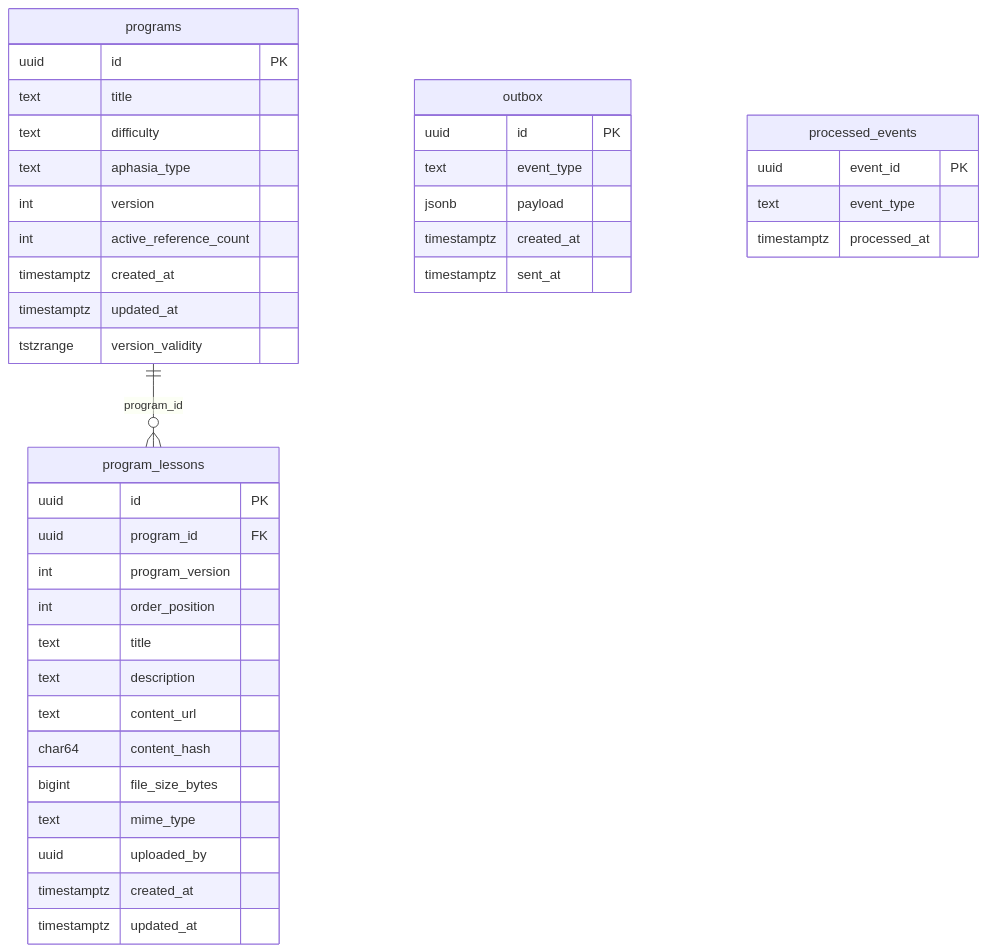
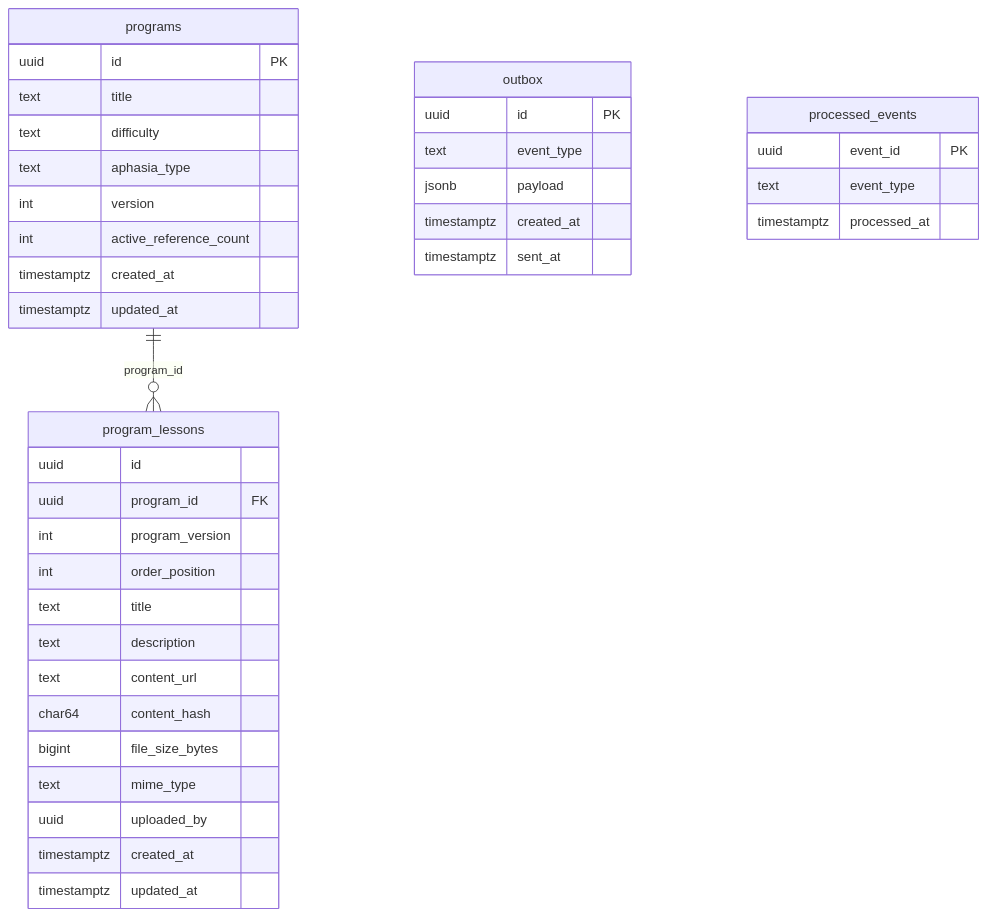
Before and after one commit to Reddetk/SayMoDev: the third of 4 diagrams in rehabilitation-service/README.md, drawn with Mermaid. The commit also changed other lines of this file and 34 other files, not shown here.

Commit message:
rehabilitation-service: S2 domain Program/Lesson, version-aware schema, domain checks

````diff
--- a/rehabilitation-service/README.md
+++ b/rehabilitation-service/README.md
@@ -142,42 +168,41 @@
 ```mermaid
 erDiagram
     programs ||--o{ program_lessons : "program_id"
     programs {
         uuid id PK
         text title
         text difficulty
         text aphasia_type
         int version
         int active_reference_count
         timestamptz created_at
         timestamptz updated_at
-        tstzrange version_validity
     }
     program_lessons {
-        uuid id PK
+        uuid id
         uuid program_id FK
         int program_version
         int order_position
         text title
         text description
         text content_url
         char64 content_hash
         bigint file_size_bytes
         text mime_type
         uuid uploaded_by
         timestamptz created_at
         timestamptz updated_at
     }
     outbox {
         uuid id PK
         text event_type
         jsonb payload
         timestamptz created_at
         timestamptz sent_at
     }
     processed_events {
         uuid event_id PK
         text event_type
         timestamptz processed_at
     }
 ```
````
